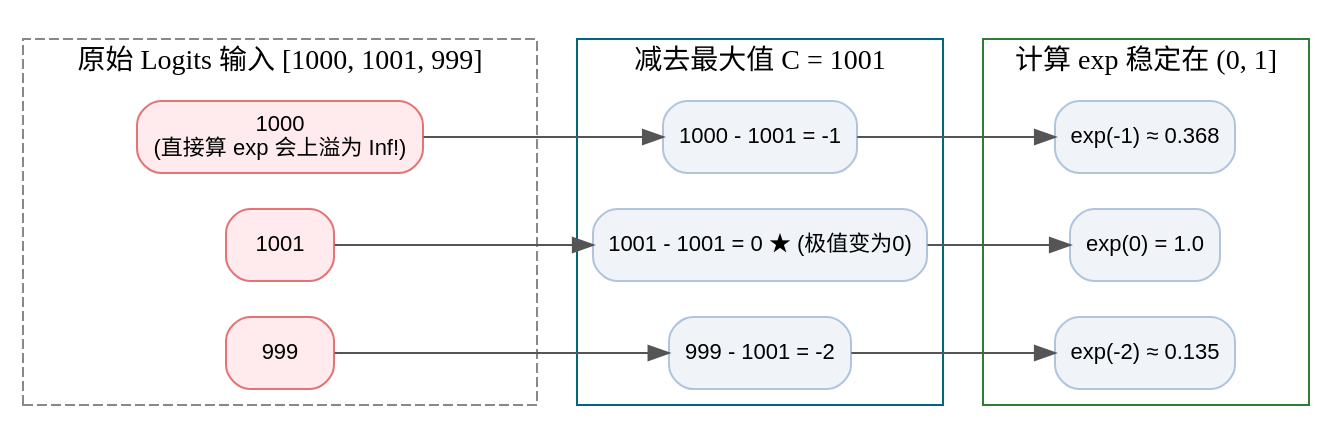
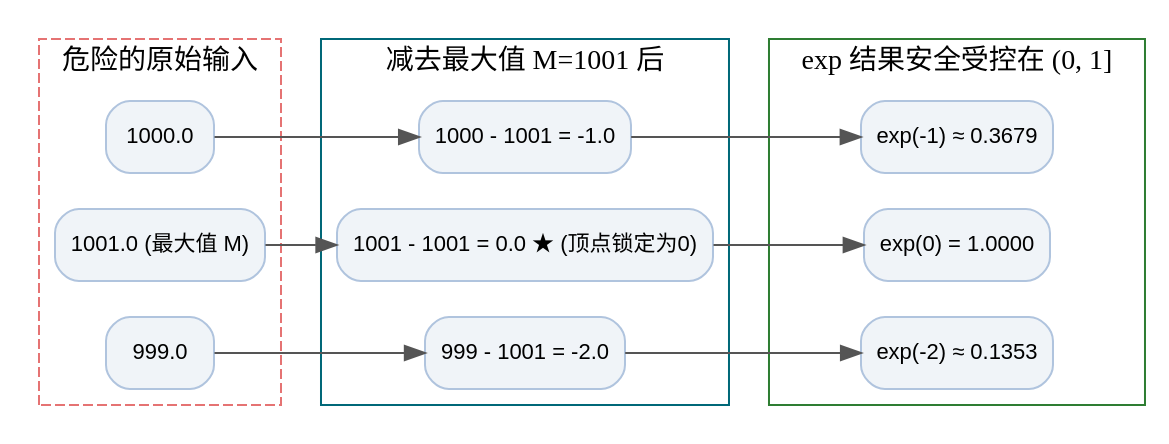
Before and after one commit to hqu-little-boy/blog: the third of 3 diagrams in src/content/posts/dl-operators-02-linear-algebra-gemm-guide.md, drawn with Graphviz. The commit also changed other lines of this file and 11 other files, not shown here.

````diff
--- a/src/content/posts/dl-operators-02-linear-algebra-gemm-guide.md
+++ b/src/content/posts/dl-operators-02-linear-algebra-gemm-guide.md
@@ -475,37 +356,29 @@
 ```graphviz
-digraph SafeSoftmax {
+digraph SafeSoftmaxWalkthrough {
     rankdir=LR;
     node [fontname="Helvetica,Arial,sans-serif", fontsize=11, shape=rect, style="rounded,filled", fillcolor="#f0f4f8", color="#b0c4de"];
     edge [fontname="Helvetica,Arial,sans-serif", fontsize=10, color="#555555"];
 
-    subgraph cluster_input {
-        label = "原始 Logits 输入 [1000, 1001, 999]";
-        style = dashed;
-        color = "#888888";
-        in1 [label="1000\n(直接算 exp 会上溢为 Inf!)", fillcolor="#ffebee", color="#e57373"];
-        in2 [label="1001", fillcolor="#ffebee", color="#e57373"];
-        in3 [label="999", fillcolor="#ffebee", color="#e57373"];
+    subgraph cluster_danger {
+        label = "危险的原始输入"; style=dashed; color="#e57373";
+        r0 [label="1000.0"]; r1 [label="1001.0 (最大值 M)"]; r2 [label="999.0"];
     }
 
-    subgraph cluster_shift {
-        label = "减去最大值 C = 1001";
-        style = solid;
-        color = "#006878";
-        s1 [label="1000 - 1001 = -1"];
-        s2 [label="1001 - 1001 = 0 ★ (极值变为0)"];
-        s3 [label="999 - 1001 = -2"];
+    subgraph cluster_safe {
+        label = "减去最大值 M=1001 后"; style=solid; color="#006878";
+        s0 [label="1000 - 1001 = -1.0"];
+        s1 [label="1001 - 1001 = 0.0 ★ (顶点锁定为0)"];
+        s2 [label="999 - 1001 = -2.0"];
     }
 
     subgraph cluster_exp {
-        label = "计算 exp 稳定在 (0, 1]";
-        style = solid;
-        color = "#2e7d32";
-        e1 [label="exp(-1) ≈ 0.368"];
-        e2 [label="exp(0) = 1.0"];
-        e3 [label="exp(-2) ≈ 0.135"];
+        label = "exp 结果安全受控在 (0, 1]"; style=solid; color="#2e7d32";
+        e0 [label="exp(-1) ≈ 0.3679"];
+        e1 [label="exp(0) = 1.0000"];
+        e2 [label="exp(-2) ≈ 0.1353"];
     }
 
-    in1 -> s1; in2 -> s2; in3 -> s3;
-    s1 -> e1; s2 -> e2; s3 -> e3;
+    r0 -> s0; r1 -> s1; r2 -> s2;
+    s0 -> e0; s1 -> e1; s2 -> e2;
 }
 ```
````
